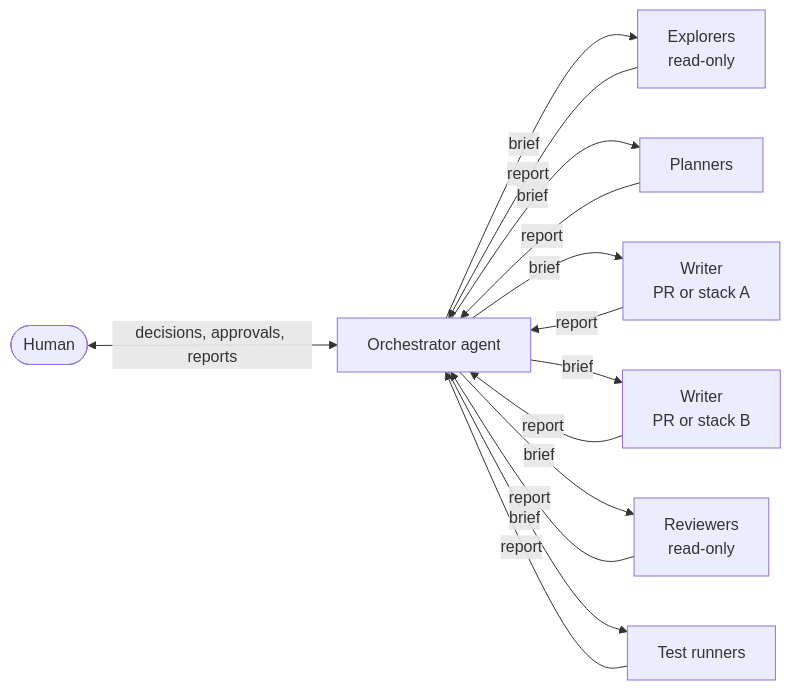
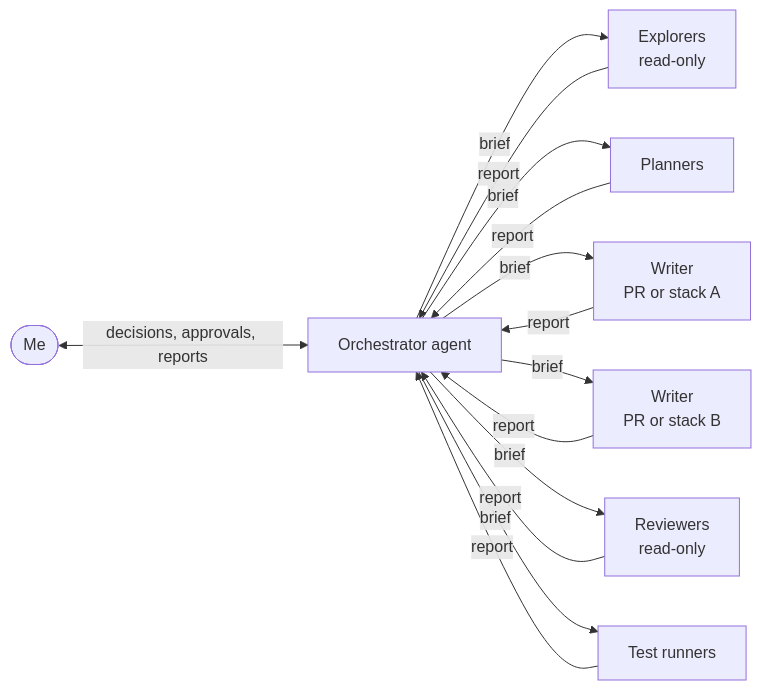
Before and after one commit to jonathan5p/deel-home-task: the diagram in docs/process/ai-agents.md, drawn with Mermaid. The commit also changed other lines of this file and 7 other files, not shown here.

````diff
--- a/docs/process/ai-agents.md
+++ b/docs/process/ai-agents.md
@@ -7,15 +14,15 @@
 ```mermaid
 flowchart LR
-    user(["Human"])
+    user(["Me"])
     orch["Orchestrator agent"]
     explore["Explorers<br/>read-only"]
     plan["Planners"]
     writer1["Writer<br/>PR or stack A"]
     writer2["Writer<br/>PR or stack B"]
     review["Reviewers<br/>read-only"]
     tests["Test runners"]
 
     user <-- "decisions, approvals, reports" --> orch
     orch -- "brief" --> explore & plan & writer1 & writer2 & review & tests
     explore & plan & writer1 & writer2 & review & tests -- "report" --> orch
 ```
````
